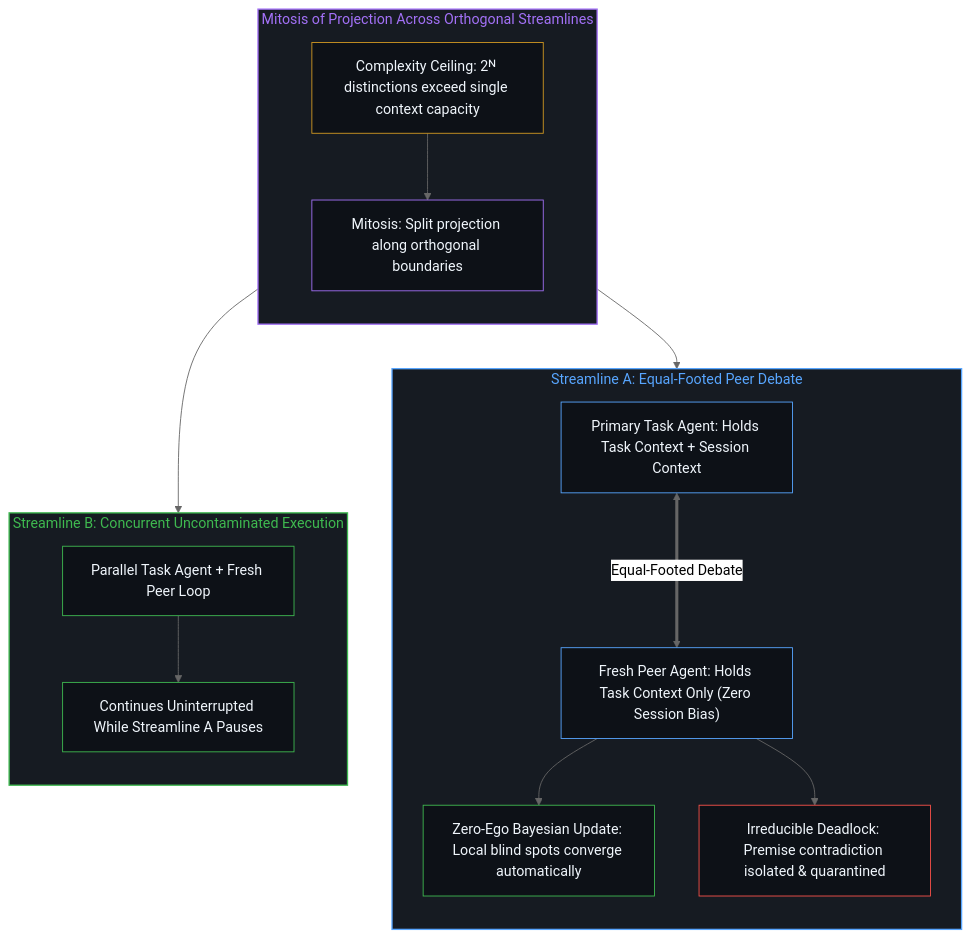
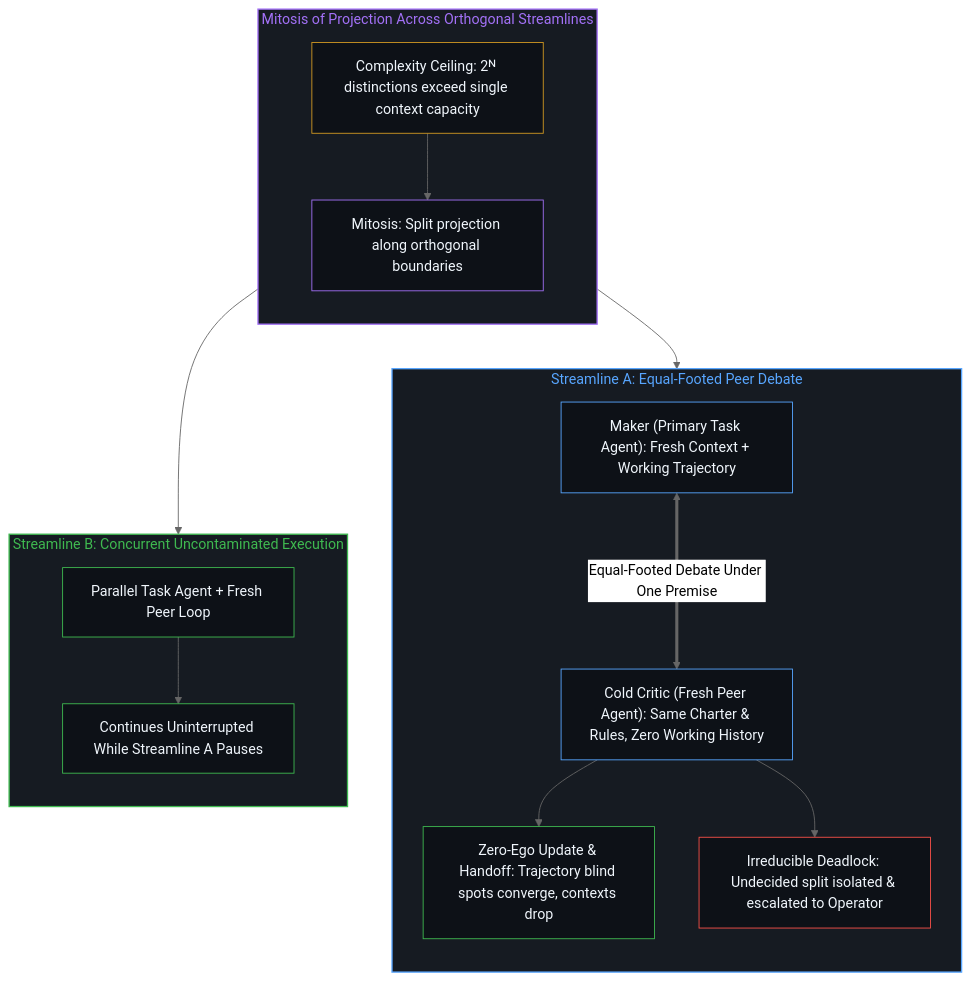
One commit to powerpig99/not-a-toe changed the fourth of 6 diagrams in content/posts/beyond-the-projection.md. Above: the diagram before and after it, drawn with Mermaid (neutral theme). The commit also changed other lines of this file and 5 other files, not shown here.

Commit message:
Sleep Wave 7 (L1): refine 5 outward neighbors of on-demand-contexts-keep-coherence-at-one-step

````diff
--- a/content/posts/beyond-the-projection.md
+++ b/content/posts/beyond-the-projection.md
@@ -182,42 +172,38 @@
 ```mermaid
 flowchart TD
     subgraph S_Split["Mitosis of Projection Across Orthogonal Streamlines"]
         direction TB
         Overload["Complexity Ceiling: 2ᴺ distinctions exceed single context capacity"]
         Mitosis["Mitosis: Split projection along orthogonal boundaries"]
         Overload --> Mitosis
     end
-
     subgraph S_Loop1["Streamline A: Equal-Footed Peer Debate"]
         direction TB
-        GenA["Primary Task Agent: Holds Task Context + Session Context"]
-        PeerA["Fresh Peer Agent: Holds Task Context Only (Zero Session Bias)"]
-        ConvA["Zero-Ego Bayesian Update: Local blind spots converge automatically"]
-        DeadA["Irreducible Deadlock: Premise contradiction isolated & quarantined"]
-        GenA <===>|"Equal-Footed Debate"| PeerA
+        GenA["Maker (Primary Task Agent): Fresh Context + Working Trajectory"]
+        PeerA["Cold Critic (Fresh Peer Agent): Same Charter & Rules, Zero Working History"]
+        ConvA["Zero-Ego Update & Handoff: Trajectory blind spots converge, contexts drop"]
+        DeadA["Irreducible Deadlock: Undecided split isolated & escalated to Operator"]
+        GenA <===>|"Equal-Footed Debate Under One Premise"| PeerA
         PeerA --> ConvA
         PeerA --> DeadA
     end
-
     subgraph S_Loop2["Streamline B: Concurrent Uncontaminated Execution"]
         direction TB
         GenB["Parallel Task Agent + Fresh Peer Loop"]
         RunB["Continues Uninterrupted While Streamline A Pauses"]
         GenB --> RunB
     end
-
     Mitosis --> GenA
     Mitosis --> GenB
-
     style S_Split fill:#161b22,stroke:#a371f7,stroke-width:1.5px,color:#a371f7
     style S_Loop1 fill:#161b22,stroke:#58a6ff,stroke-width:1.5px,color:#58a6ff
     style S_Loop2 fill:#161b22,stroke:#3fb950,stroke-width:1.5px,color:#3fb950
     style Overload fill:#0d1117,stroke:#d29922,stroke-width:1px,color:#f0f6fc
     style Mitosis fill:#0d1117,stroke:#a371f7,stroke-width:1px,color:#f0f6fc
     style GenA fill:#0d1117,stroke:#58a6ff,stroke-width:1px,color:#f0f6fc
     style PeerA fill:#0d1117,stroke:#58a6ff,stroke-width:1px,color:#f0f6fc
     style ConvA fill:#0d1117,stroke:#3fb950,stroke-width:1px,color:#f0f6fc
     style DeadA fill:#0d1117,stroke:#f85149,stroke-width:1px,color:#f0f6fc
     style GenB fill:#0d1117,stroke:#3fb950,stroke-width:1px,color:#f0f6fc
     style RunB fill:#0d1117,stroke:#3fb950,stroke-width:1px,color:#f0f6fc
 ```
````
